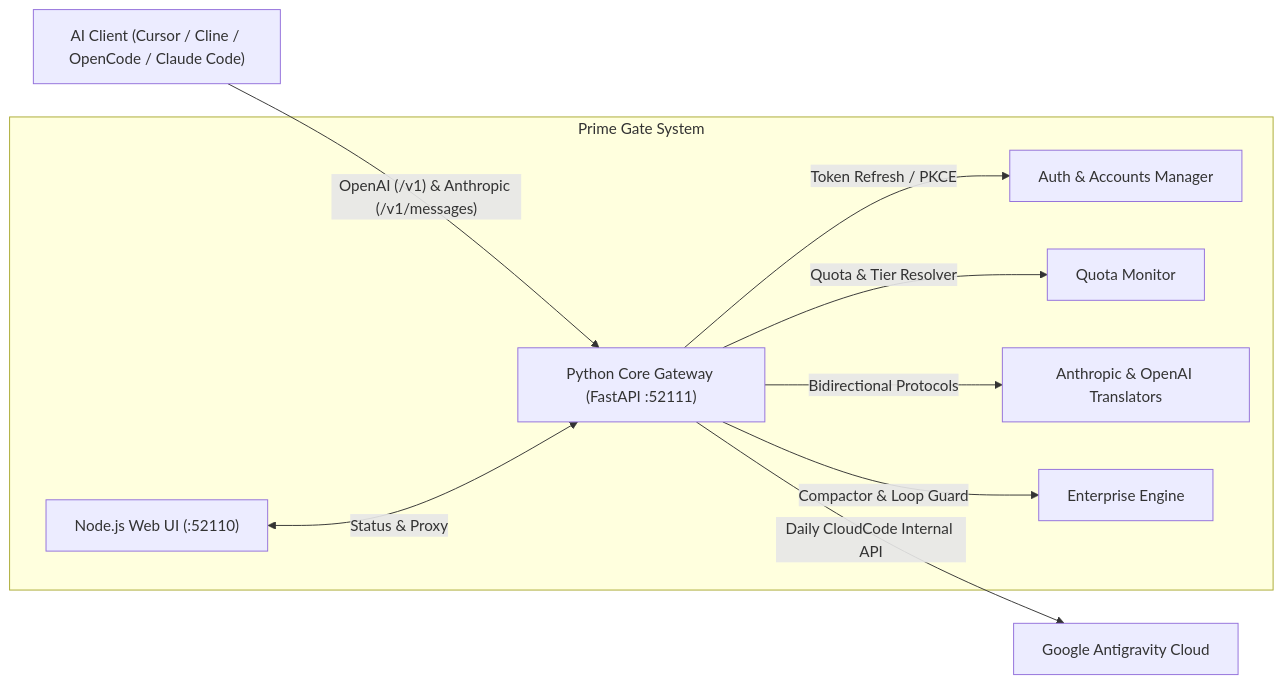
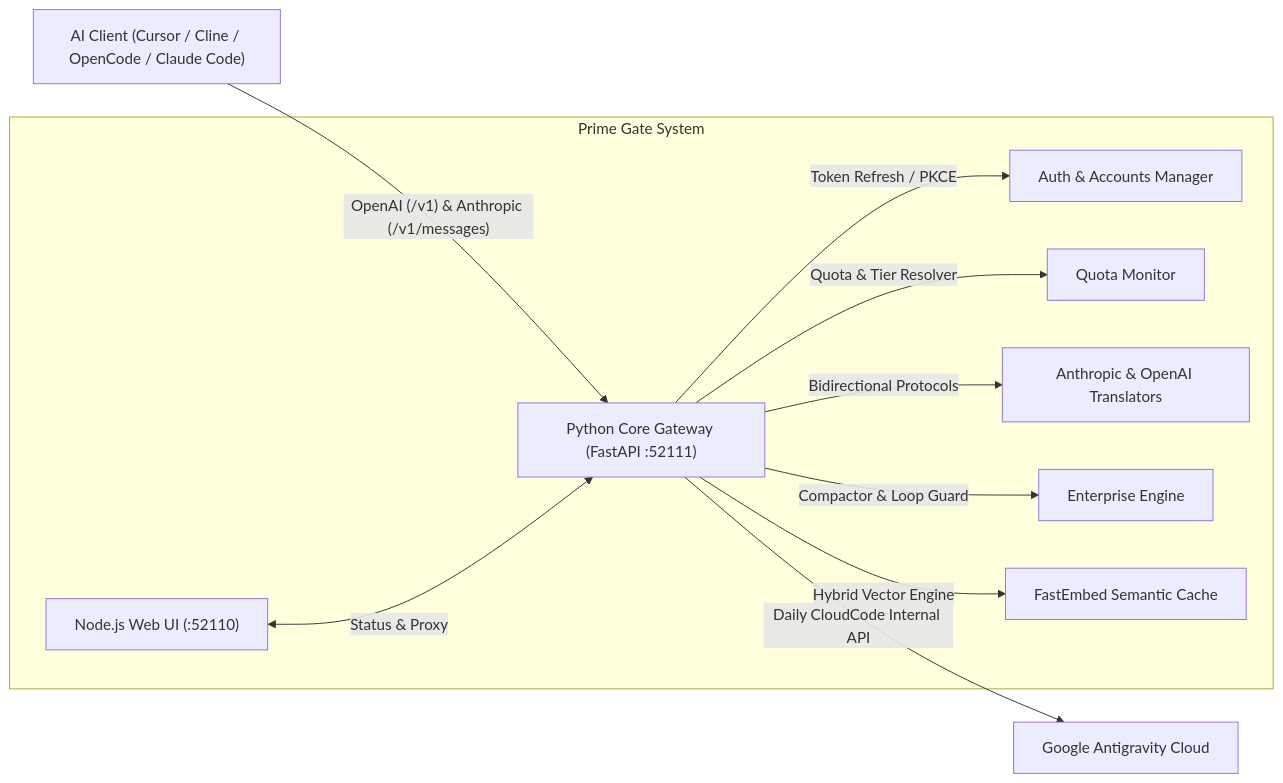
Before and after one commit to irhamkaraman/prime-gate-proxy-antigravity-lik: the first of 2 diagrams in README.md, drawn with Mermaid. The commit also changed other lines of this file and 23 other files, not shown here.

First line of the commit message:
feat(cache): next-gen smart & semantic vector caching engine (v1.2.2)

````diff
--- a/README.md
+++ b/README.md
@@ -39,15 +40,16 @@
 ```mermaid
 graph LR
     Client["AI Client (Cursor / Cline / OpenCode / Claude Code)"] 
     -->|"OpenAI (/v1) & Anthropic (/v1/messages)"| PyCore["Python Core Gateway (FastAPI :52111)"]
     
     subgraph "Prime Gate System"
         PyCore -->|"Token Refresh / PKCE"| Auth["Auth & Accounts Manager"]
         PyCore -->|"Quota & Tier Resolver"| Quota["Quota Monitor"]
         PyCore -->|"Bidirectional Protocols"| Translator["Anthropic & OpenAI Translators"]
         PyCore -->|"Compactor & Loop Guard"| Enterprise["Enterprise Engine"]
+        PyCore -->|"Hybrid Vector Engine"| Cache["FastEmbed Semantic Cache"]
         UI["Node.js Web UI (:52110)"] <-->|"Status & Proxy"| PyCore
     end
 
     PyCore -->|"Daily CloudCode Internal API"| Google["Google Antigravity Cloud"]
 ```
````
